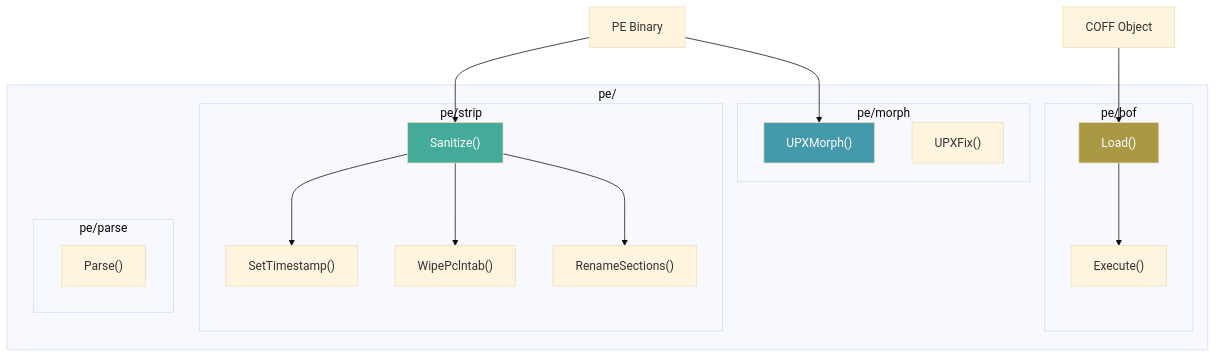
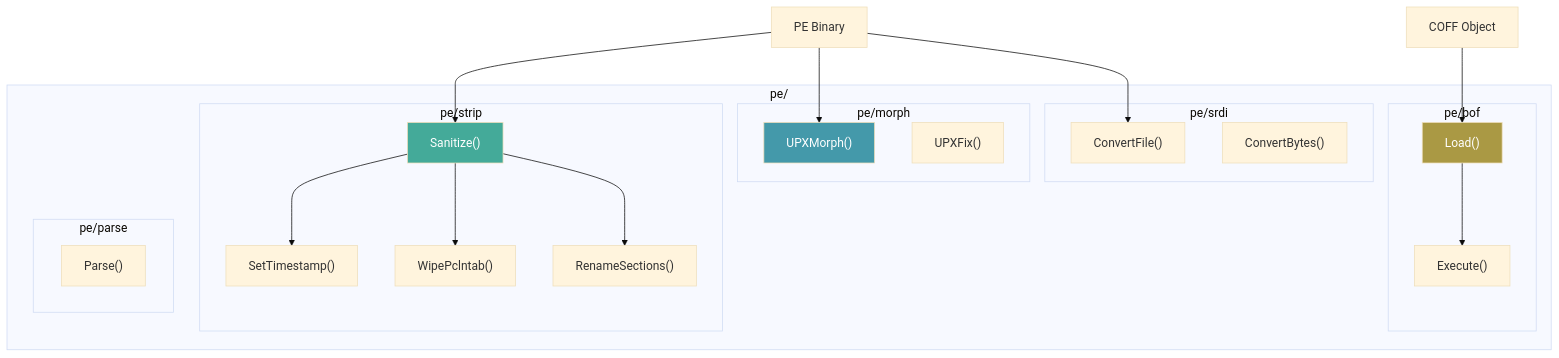
One commit to oioio-space/maldev changed the diagram in docs/techniques/pe/README.md. Above: the diagram before and after it, drawn with Mermaid (base theme). The commit also changed other lines of this file and 3 other files, not shown here.

````diff
--- a/docs/techniques/pe/README.md
+++ b/docs/techniques/pe/README.md
@@ -11,37 +11,43 @@
 ```mermaid
 graph TD
     subgraph "pe/"
         subgraph "pe/strip"
             SANITIZE["Sanitize()"]
             TS["SetTimestamp()"]
             PCLNTAB["WipePclntab()"]
             RENAME["RenameSections()"]
             SANITIZE --> TS
             SANITIZE --> PCLNTAB
             SANITIZE --> RENAME
         end
 
         subgraph "pe/bof"
             LOAD["Load()"]
             EXEC["Execute()"]
             LOAD --> EXEC
         end
 
         subgraph "pe/morph"
             UPX["UPXMorph()"]
             FIX["UPXFix()"]
         end
 
         subgraph "pe/parse"
             PARSE["Parse()"]
         end
+
+        subgraph "pe/srdi"
+            CONVERT["ConvertFile()"]
+            CONVERTB["ConvertBytes()"]
+        end
     end
 
     INPUT["PE Binary"] --> SANITIZE
     INPUT --> UPX
+    INPUT --> CONVERT
     COFF["COFF Object"] --> LOAD
 
     style SANITIZE fill:#4a9,color:#fff
     style UPX fill:#49a,color:#fff
     style LOAD fill:#a94,color:#fff
 ```
````
